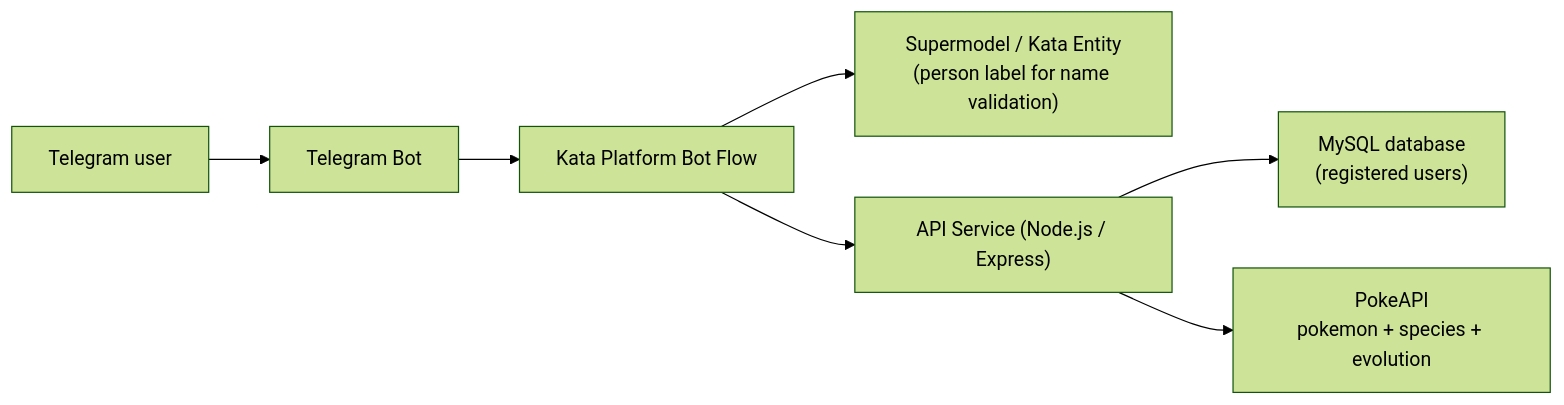
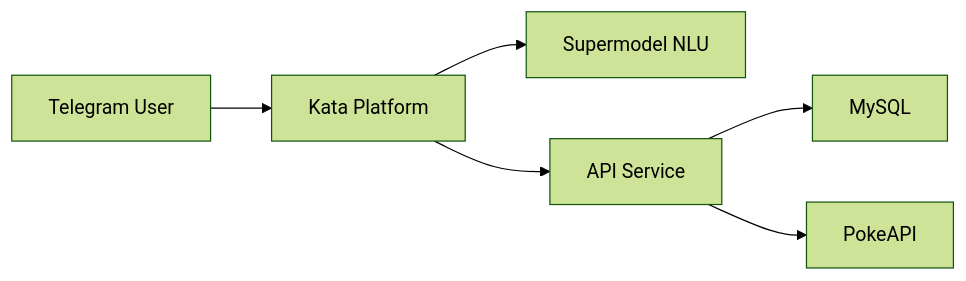
One commit to afishafiraa/kata-chatbot changed the diagram in docs/architecture.md. Above: the diagram before and after it, drawn with Mermaid (forest theme). The commit also changed other lines of this file and 3 other files, not shown here.

````diff
--- a/docs/architecture.md
+++ b/docs/architecture.md
@@ -3,9 +5,8 @@
 ```mermaid
 flowchart LR
-    U["Telegram user"] --> T["Telegram Bot"]
-    T --> K["Kata Platform Bot Flow"]
-    K --> N["Supermodel / Kata Entity\n(person label for name validation)"]
-    K --> A["API Service (Node.js / Express)"]
-    A --> D["MySQL database\n(registered users)"]
-    A --> P["PokeAPI\npokemon + species + evolution"]
+    U["Telegram User"] --> K["Kata Platform"]
+    K --> N["Supermodel NLU"]
+    K --> A["API Service"]
+    A --> D["MySQL"]
+    A --> P["PokeAPI"]
 ```
````
